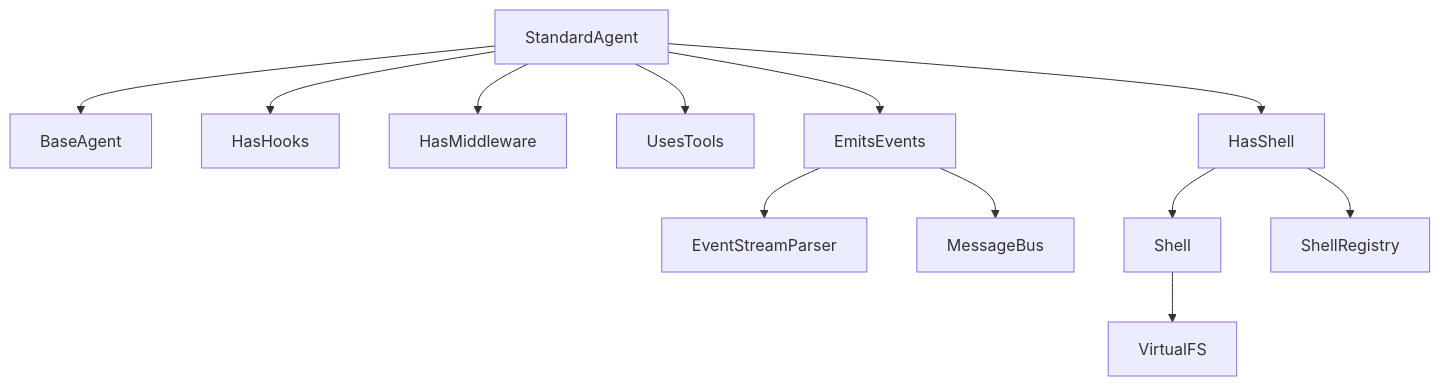
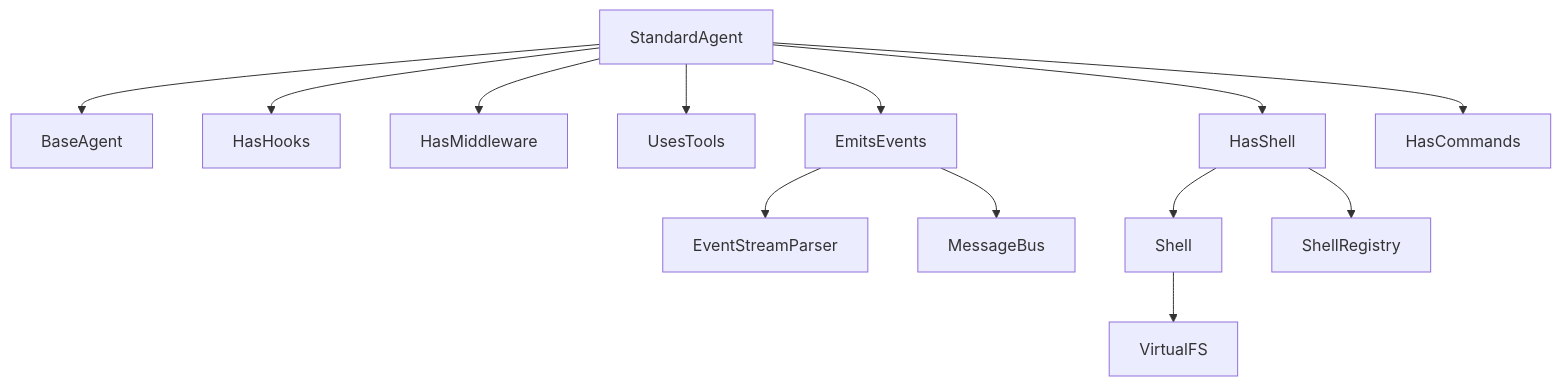
The diagram in docs/overview.md (looksystems/playground-harness), drawn with Mermaid before and after one commit. The commit also changed other lines of this file and 29 other files, not shown here.

First line of the commit message:
Add HasCommands mixin with slash commands (22 total hook events)

````diff
--- a/docs/overview.md
+++ b/docs/overview.md
@@ -19,14 +20,15 @@
 ```mermaid
 graph TD
     SA[StandardAgent] --> BA[BaseAgent]
     SA --> HH[HasHooks]
     SA --> HM[HasMiddleware]
     SA --> UT[UsesTools]
     SA --> EE[EmitsEvents]
     SA --> HS[HasShell]
+    SA --> HC[HasCommands]
     EE --> ESP[EventStreamParser]
     EE --> MB[MessageBus]
     HS --> SH[Shell]
     HS --> SR[ShellRegistry]
     SH --> VFS[VirtualFS]
 ```
````
